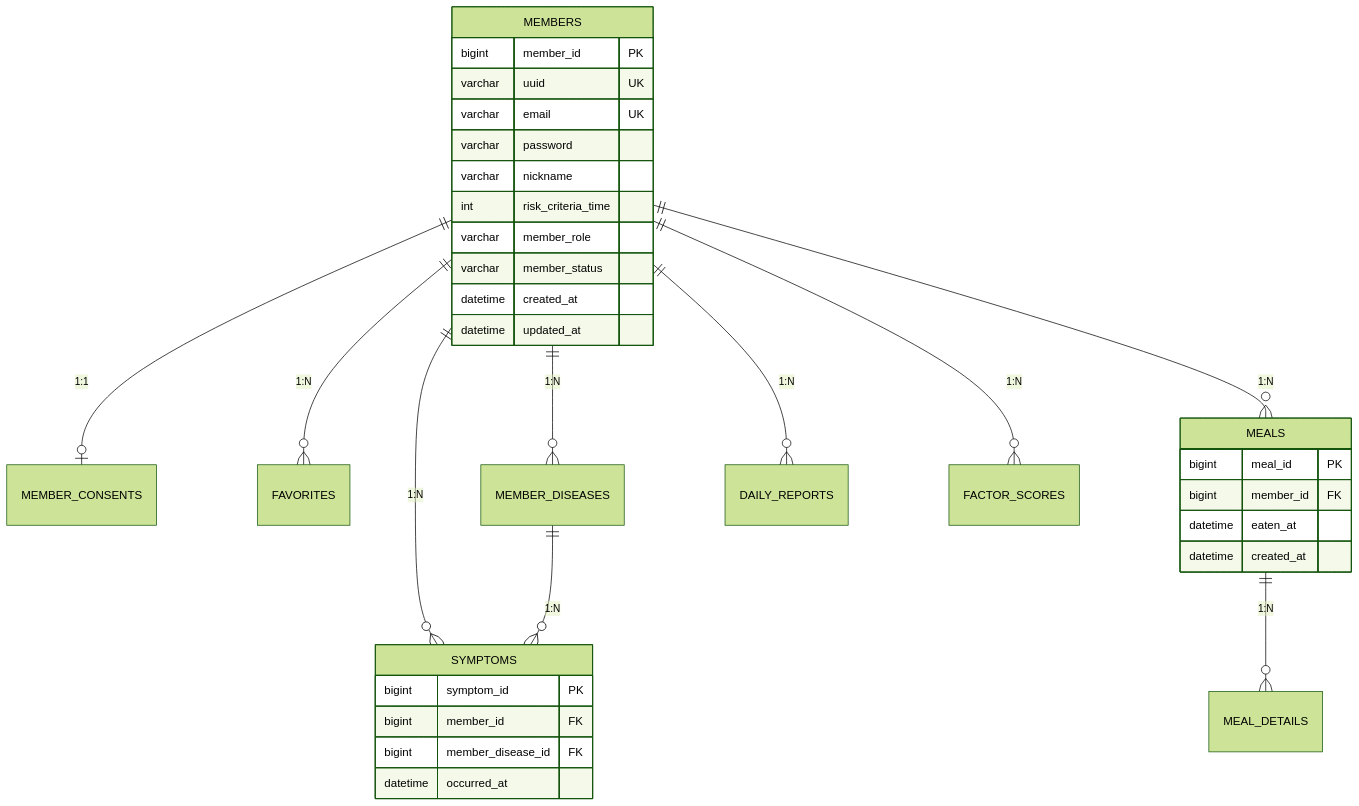
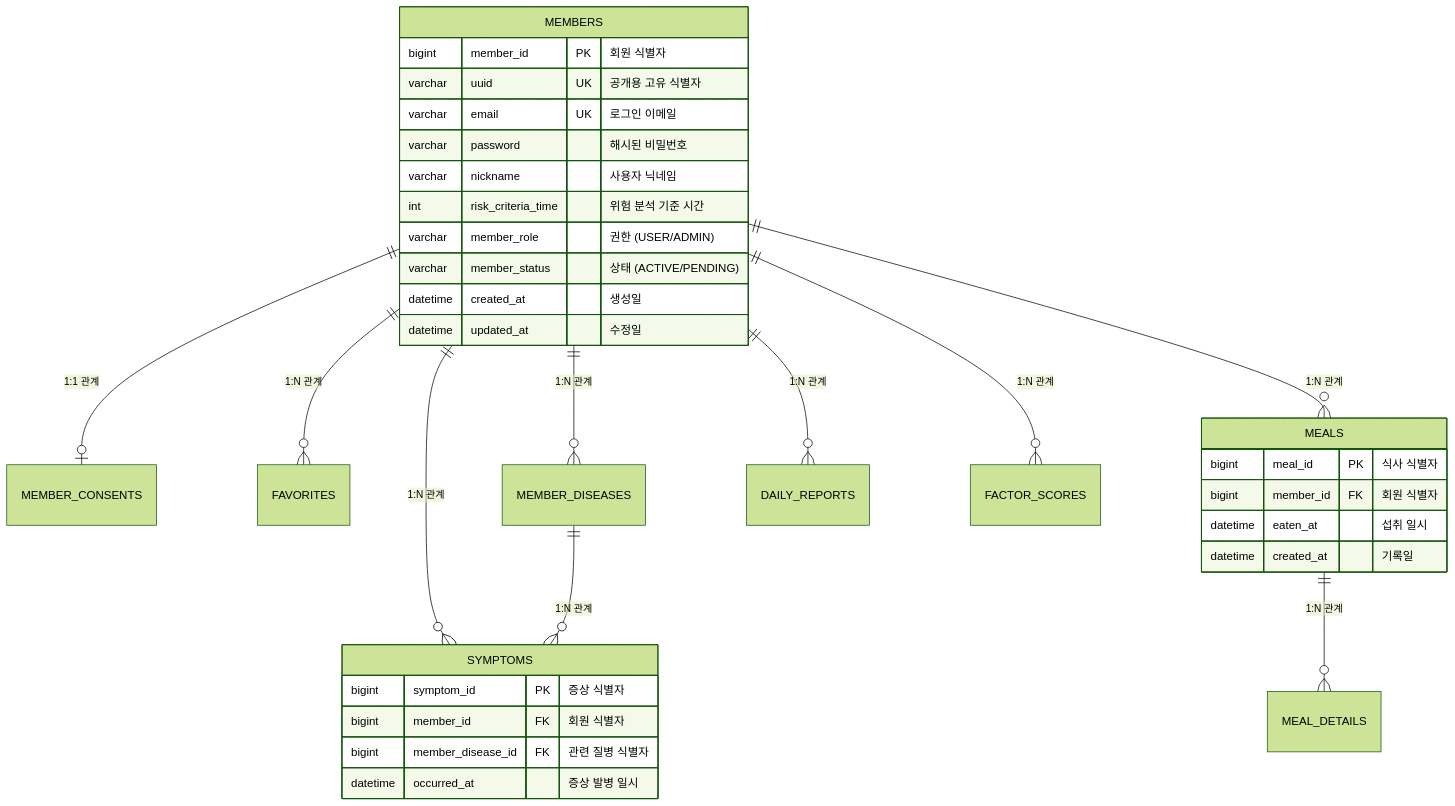
One commit to Bona-Stella/backend-docs-hub changed the diagram in welog/ERD_V1.0.md. Above: the diagram before and after it, drawn with Mermaid (forest theme). The commit also changed other lines of this file, not shown here.

````diff
--- a/welog/ERD_V1.0.md
+++ b/welog/ERD_V1.0.md
@@ -30,40 +30,40 @@
 ```mermaid
 erDiagram
-    MEMBERS ||--o| MEMBER_CONSENTS : "1:1"
-    MEMBERS ||--o{ FAVORITES : "1:N"
-    MEMBERS ||--o{ MEMBER_DISEASES : "1:N"
-    MEMBERS ||--o{ MEALS : "1:N"
-    MEMBERS ||--o{ SYMPTOMS : "1:N"
-    MEMBERS ||--o{ DAILY_REPORTS : "1:N"
-    MEMBERS ||--o{ FACTOR_SCORES : "1:N"
+    MEMBERS ||--o| MEMBER_CONSENTS : "1:1 관계"
+    MEMBERS ||--o{ FAVORITES : "1:N 관계"
+    MEMBERS ||--o{ MEMBER_DISEASES : "1:N 관계"
+    MEMBERS ||--o{ MEALS : "1:N 관계"
+    MEMBERS ||--o{ SYMPTOMS : "1:N 관계"
+    MEMBERS ||--o{ DAILY_REPORTS : "1:N 관계"
+    MEMBERS ||--o{ FACTOR_SCORES : "1:N 관계"
 
-    MEALS ||--o{ MEAL_DETAILS : "1:N"
-    MEMBER_DISEASES ||--o{ SYMPTOMS : "1:N"
+    MEALS ||--o{ MEAL_DETAILS : "1:N 관계"
+    MEMBER_DISEASES ||--o{ SYMPTOMS : "1:N 관계"
 
     MEMBERS {
-        bigint member_id PK
-        varchar uuid UK
-        varchar email UK
-        varchar password
-        varchar nickname
-        int risk_criteria_time
-        varchar member_role
-        varchar member_status
-        datetime created_at
-        datetime updated_at
+        bigint member_id PK "회원 식별자"
+        varchar uuid UK "공개용 고유 식별자"
+        varchar email UK "로그인 이메일"
+        varchar password "해시된 비밀번호"
+        varchar nickname "사용자 닉네임"
+        int risk_criteria_time "위험 분석 기준 시간"
+        varchar member_role "권한 (USER/ADMIN)"
+        varchar member_status "상태 (ACTIVE/PENDING)"
+        datetime created_at "생성일"
+        datetime updated_at "수정일"
     }
 
     MEALS {
-        bigint meal_id PK
-        bigint member_id FK
-        datetime eaten_at
-        datetime created_at
+        bigint meal_id PK "식사 식별자"
+        bigint member_id FK "회원 식별자"
+        datetime eaten_at "섭취 일시"
+        datetime created_at "기록일"
     }
 
     SYMPTOMS {
-        bigint symptom_id PK
-        bigint member_id FK
-        bigint member_disease_id FK
-        datetime occurred_at
+        bigint symptom_id PK "증상 식별자"
+        bigint member_id FK "회원 식별자"
+        bigint member_disease_id FK "관련 질병 식별자"
+        datetime occurred_at "증상 발병 일시"
     }
 ```
````
